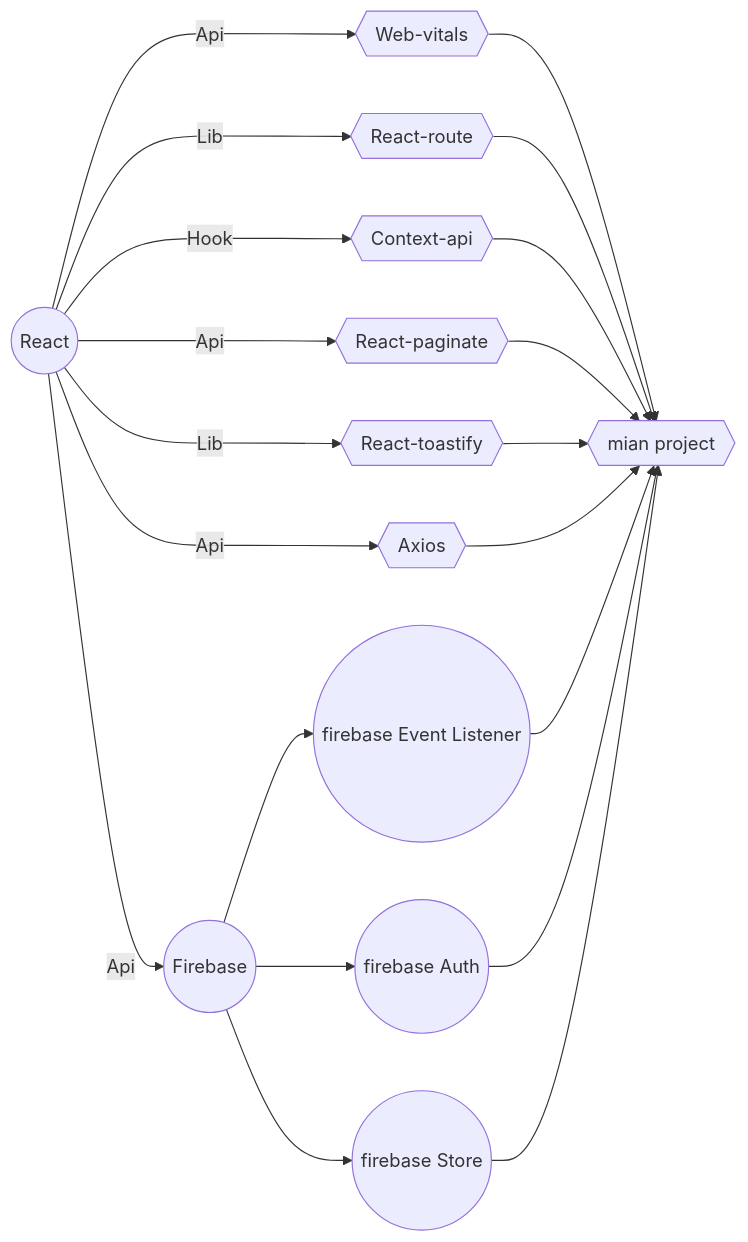
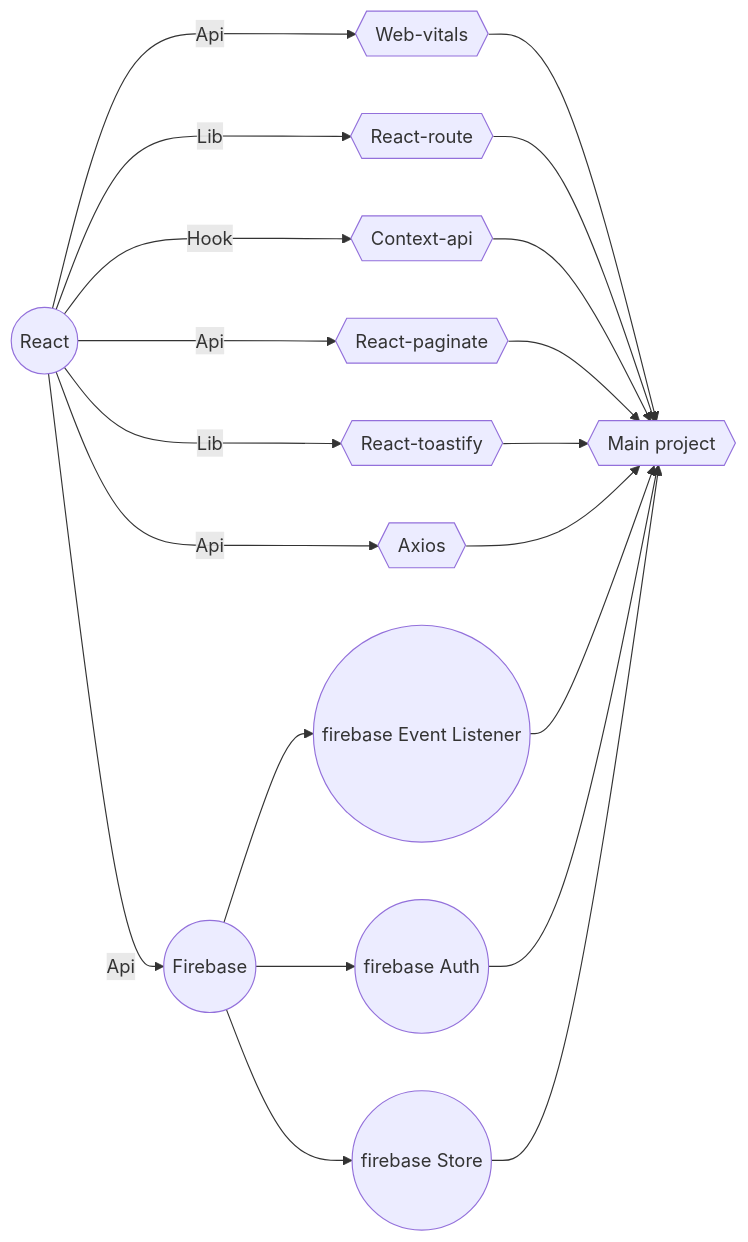
The second of 2 diagrams in README.md (AbdalrahmanEldeep/MOVZELA), drawn with Mermaid before and after one commit. The commit also changed other lines of this file, not shown here.

````diff
--- a/README.md
+++ b/README.md
@@ -48,25 +53,25 @@
 ```mermaid
 graph LR
 A((React)) -- Api --> B((Firebase))
 B --> e((firebase Event Listener))
 B --> s((firebase Store))
 B --> k((firebase Auth))
-D{{mian project}}
+D{{Main project}}
 A -- Api --> w{{Axios}}
 A --Lib--> l{{React-route}}
 A --Api--> o{{React-paginate}}
 A --Lib--> p{{React-toastify}}
 A --Hook--> f{{Context-api}}
 A --Api--> q{{Web-vitals}}
 q --> D
 l --> D
 f --> D
 o --> D
 p --> D
+
+
 w --> D
 e --> D
 k --> D
 s --> D
-
-
 ```
````
